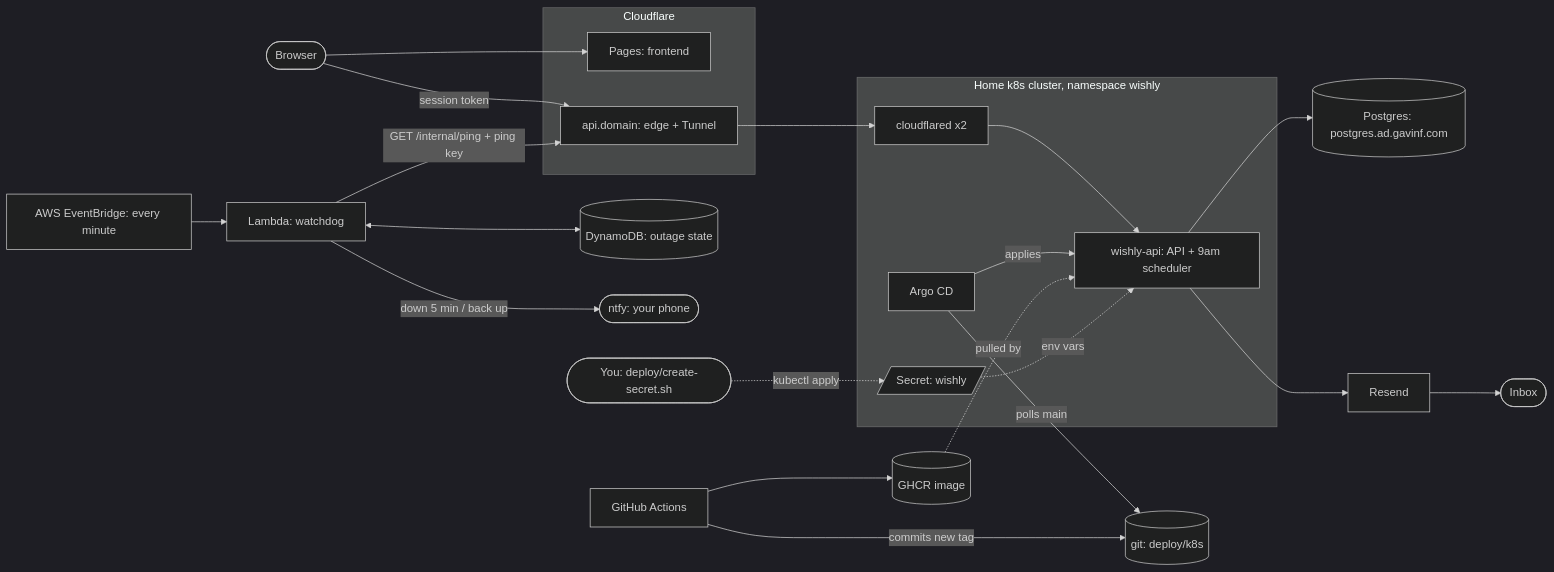
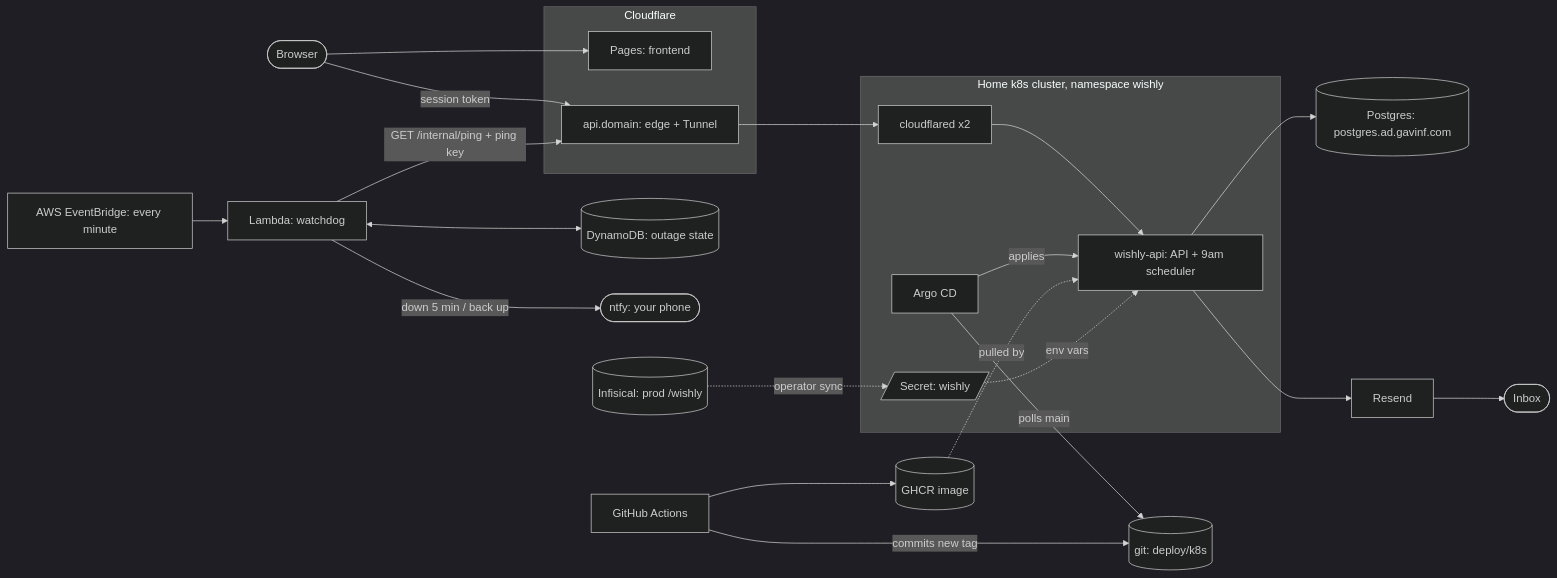
Before and after one commit to gavinfancher/wishly: the diagram in docs/infrastructure.md, drawn with Mermaid (dark theme). The commit also changed other lines of this file and 12 other files, not shown here.

````diff
--- a/docs/infrastructure.md
+++ b/docs/infrastructure.md
@@ -9,41 +9,41 @@
 ```mermaid
 flowchart LR
   user([Browser])
   inbox([Inbox])
 
   subgraph cf[Cloudflare]
     pages[Pages: frontend]
     edge[api.domain: edge + Tunnel]
   end
 
   subgraph k8s[Home k8s cluster, namespace wishly]
     cfd[cloudflared x2]
     api[wishly-api: API + 9am scheduler]
     sec[/Secret: wishly/]
     argo[Argo CD]
   end
 
   db[(Postgres: postgres.ad.gavinf.com)]
   eb[AWS EventBridge: every minute]
   lam[Lambda: watchdog]
   ddb[(DynamoDB: outage state)]
   ntfy([ntfy: your phone])
   resend[Resend]
   gh[GitHub Actions] --> ghcr[(GHCR image)]
-  you([You: deploy/create-secret.sh])
+  inf[(Infisical: prod /wishly)]
 
   user --> pages
   user -- "session token" --> edge
   eb --> lam
   lam -- "GET /internal/ping + ping key" --> edge
   lam <--> ddb
   lam -- "down 5 min / back up" --> ntfy
   edge --> cfd --> api
   api --> db
   api --> resend --> inbox
   gh -- "commits new tag" --> repo[(git: deploy/k8s)]
   argo -- "polls main" --> repo
   argo -- "applies" --> api
   ghcr -. pulled by .-> api
-  you -. "kubectl apply" .-> sec -. "env vars" .-> api
+  inf -. "operator sync" .-> sec -. "env vars" .-> api
 ```
````
